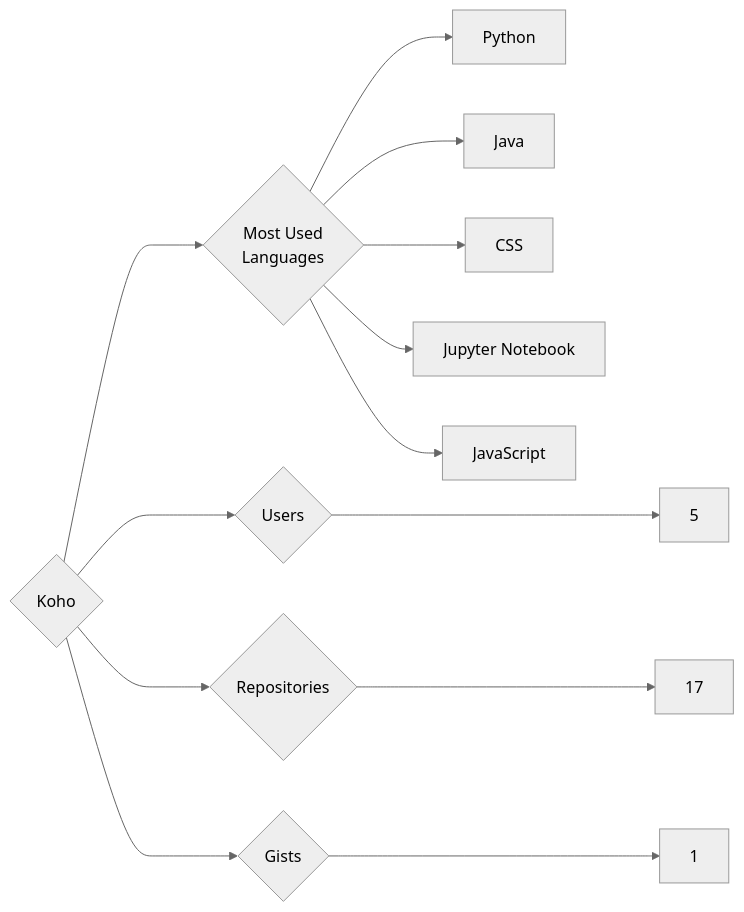
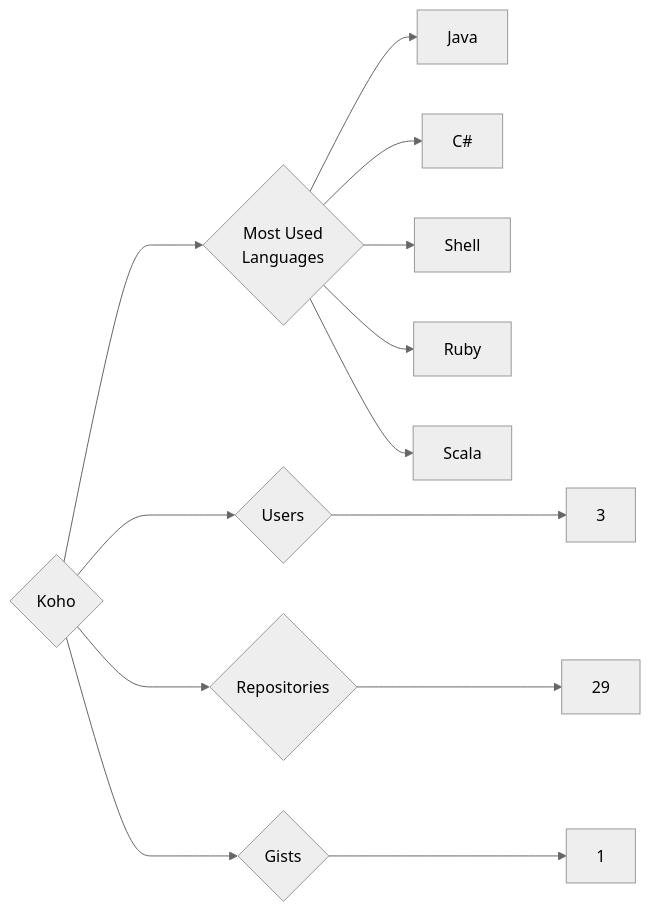
The diagram in targets/Koho/README.md (trickest/insiders), drawn with Mermaid (neutral theme) before and after one commit. The commit also changed 845 other files, not shown here.

````diff
--- a/targets/Koho/README.md
+++ b/targets/Koho/README.md
@@ -3,13 +3,13 @@
 ```mermaid
 graph LR
 COMPANY_NAME{Koho}
-COMPANY_NAME ---> U{Users} ---> UN[5]
-COMPANY_NAME ---> R{Repositories} ---> RN[17]
+COMPANY_NAME ---> U{Users} ---> UN[3]
+COMPANY_NAME ---> R{Repositories} ---> RN[29]
 COMPANY_NAME ---> G{Gists} ---> GN[1]
 COMPANY_NAME ---> ML{Most Used<br>Languages}
-ML --> Python[Python]
 ML --> Java[Java]
-ML --> CSS[CSS]
-ML --> Jupyter_Notebook[Jupyter Notebook]
-ML --> JavaScript[JavaScript]
+ML --> C#[C#]
+ML --> Shell[Shell]
+ML --> Ruby[Ruby]
+ML --> Scala[Scala]
 ```
````
